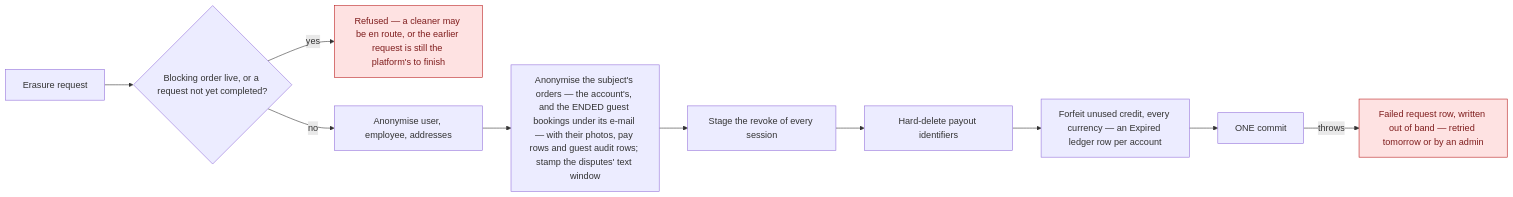
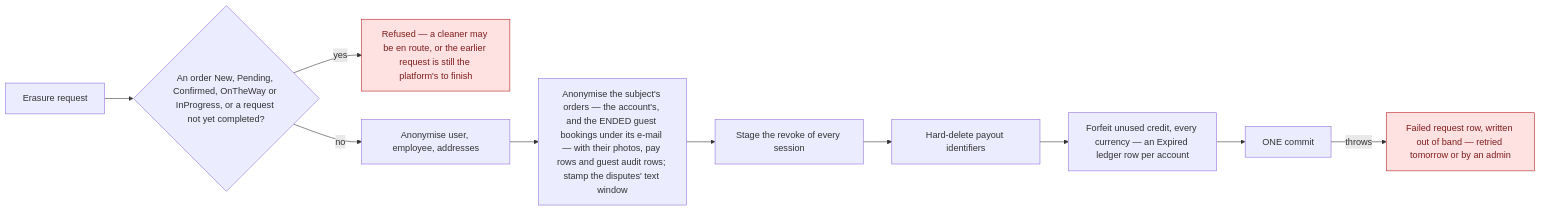
One commit to VM-s-Solutions/cleansia changed the first of 2 diagrams in docs/flows/gdpr-and-audit.md. Above: the diagram before and after it, drawn with Mermaid. The commit also changed other lines of this file and 22 other files, not shown here.

````diff
--- a/docs/flows/gdpr-and-audit.md
+++ b/docs/flows/gdpr-and-audit.md
@@ -11,15 +11,15 @@
 ```mermaid
 flowchart LR
-  A[Erasure request] --> B{Blocking order live, or a request not yet completed?}
+  A[Erasure request] --> B{An order New, Pending, Confirmed, OnTheWay or InProgress, or a request not yet completed?}
   B -- yes --> C[Refused — a cleaner may be en route, or the earlier request is still the platform's to finish]
   B -- no --> D[Anonymise user, employee, addresses]
   D --> E["Anonymise the subject's orders — the account's, and the ENDED guest bookings under its e-mail — with their photos, pay rows and guest audit rows; stamp the disputes' text window"]
   E --> F[Stage the revoke of every session]
   F --> G[Hard-delete payout identifiers]
   G --> K["Forfeit unused credit, every currency — an Expired ledger row per account"]
   K --> H[ONE commit]
   H -- throws --> X[Failed request row, written out of band — retried tomorrow or by an admin]
 
   classDef stop fill:#fee2e2,stroke:#b91c1c,color:#7f1d1d
   class C,X stop
 ```
````
